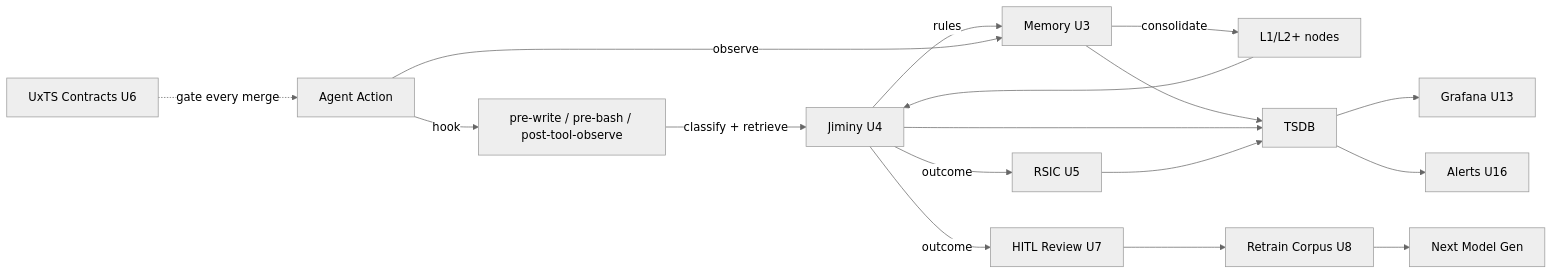
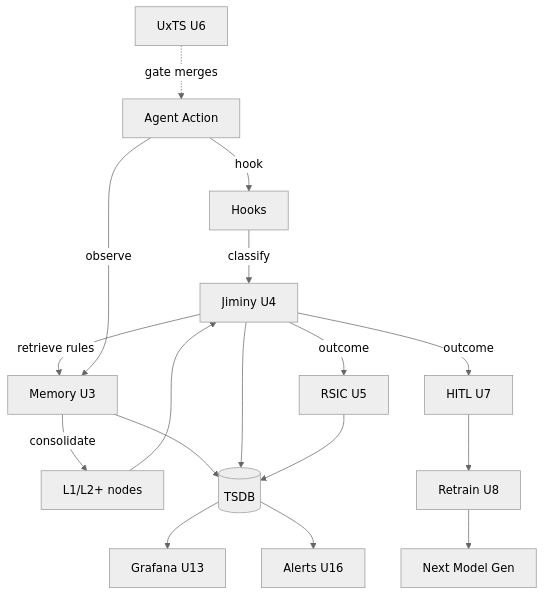
One commit to reh3376/mdemg changed diagram 16 of 23 in docs/onboarding/mdemg-onboarding-deck.md. Above: the diagram before and after it, drawn with Mermaid (neutral theme). The commit also changed other lines of this file and 5 other files, not shown here.

First line of the commit message:
fix(enduser): E5 revision 6 — Mermaid renders in scroll view + diagram-fit fixes

````diff
--- a/docs/onboarding/mdemg-onboarding-deck.md
+++ b/docs/onboarding/mdemg-onboarding-deck.md
@@ -2109,19 +2109,19 @@
 ```mermaid
-graph LR
-  Agent[Agent Action] -->|hook| Hook[pre-write / pre-bash / post-tool-observe]
-  Hook -->|classify + retrieve| Jiminy[Jiminy U4]
-  Jiminy -->|rules| Memory[Memory U3]
-  Agent -->|observe| Memory
+graph TD
+  Agent[Agent Action] -->|hook| Hook[Hooks]
+  Hook -->|classify| Jiminy
+  Jiminy[Jiminy U4] -->|retrieve rules| Memory
+  Agent -->|observe| Memory[Memory U3]
   Memory -->|consolidate| L1[L1/L2+ nodes]
   L1 --> Jiminy
   Jiminy -->|outcome| RSIC[RSIC U5]
-  Jiminy -->|outcome| HITL[HITL Review U7]
-  HITL --> Retrain[Retrain Corpus U8]
+  Jiminy -->|outcome| HITL[HITL U7]
+  HITL --> Retrain[Retrain U8]
   Retrain --> NextModel[Next Model Gen]
-  Memory --> TSDB[TSDB]
+  Memory --> TSDB[(TSDB)]
   Jiminy --> TSDB
   RSIC --> TSDB
   TSDB --> Grafana[Grafana U13]
   TSDB --> Alerts[Alerts U16]
-  UxTS[UxTS Contracts U6] -.->|gate every merge| Agent
+  UxTS[UxTS U6] -.->|gate merges| Agent
 ```
````
